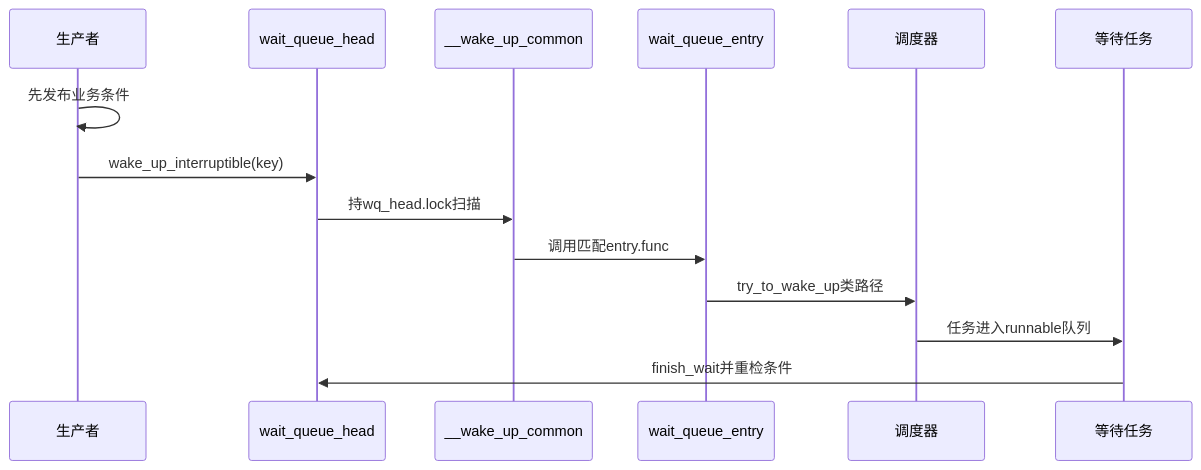
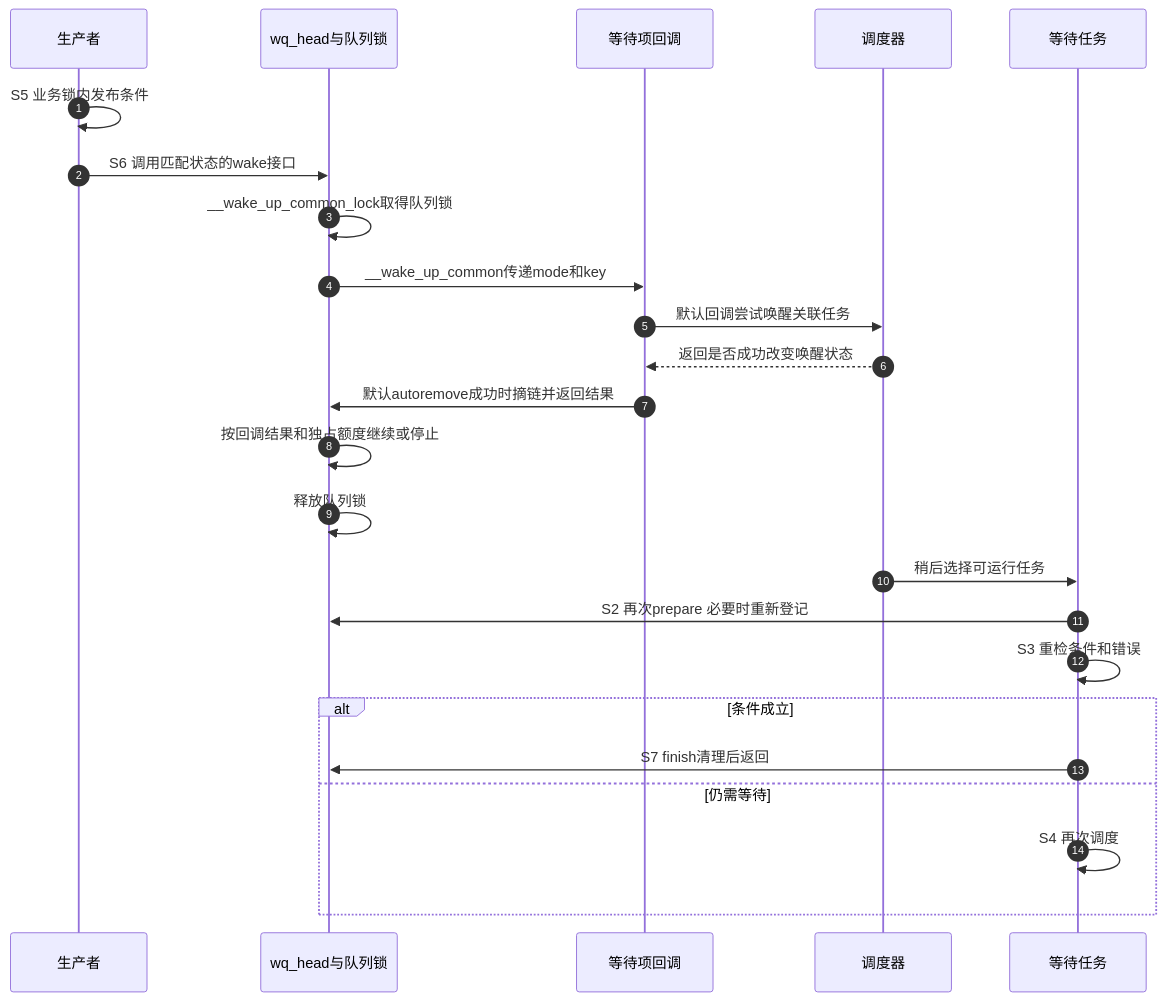
Before and after one commit to FormingSystem/linux_note: the second of 2 diagrams in knowledge/linux/synchronization_and_asynchrony/synchronization/waiting_notification/P04_wait_event入队与唤醒调用链.md, drawn with Mermaid. The commit also changed other lines of this file and 8 other files, not shown here.

````diff
--- a/knowledge/linux/synchronization_and_asynchrony/synchronization/waiting_notification/P04_wait_event入队与唤醒调用链.md
+++ b/knowledge/linux/synchronization_and_asynchrony/synchronization/waiting_notification/P04_wait_event入队与唤醒调用链.md
@@ -41,17 +51,26 @@
 ```mermaid
 sequenceDiagram
+    autonumber
     participant P as 生产者
-    participant H as wait_queue_head
-    participant C as __wake_up_common
-    participant E as wait_queue_entry
+    participant H as wq_head与队列锁
+    participant E as 等待项回调
     participant S as 调度器
     participant W as 等待任务
-
-    P->>P: 先发布业务条件
-    P->>H: wake_up_interruptible(key)
-    H->>C: 持wq_head.lock扫描
-    C->>E: 调用匹配entry.func
-    E->>S: try_to_wake_up类路径
-    S->>W: 任务进入runnable队列
-    W->>H: finish_wait并重检条件
+    P->>P: S5 业务锁内发布条件
+    P->>H: S6 调用匹配状态的wake接口
+    H->>H: __wake_up_common_lock取得队列锁
+    H->>E: __wake_up_common传递mode和key
+    E->>S: 默认回调尝试唤醒关联任务
+    S-->>E: 返回是否成功改变唤醒状态
+    E->>H: 默认autoremove成功时摘链并返回结果
+    H->>H: 按回调结果和独占额度继续或停止
+    H->>H: 释放队列锁
+    S->>W: 稍后选择可运行任务
+    W->>H: S2 再次prepare 必要时重新登记
+    W->>W: S3 重检条件和错误
+    alt 条件成立
+        W->>H: S7 finish清理后返回
+    else 仍需等待
+        W->>W: S4 再次调度
+    end
 ```
````
